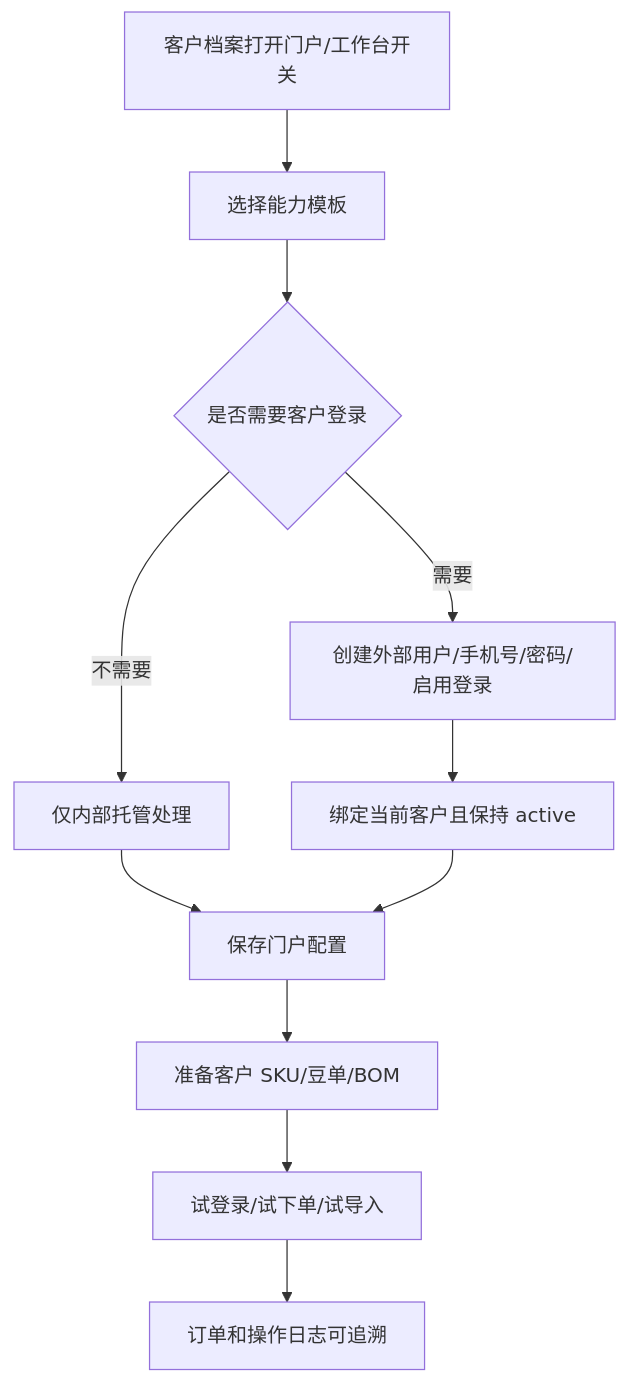
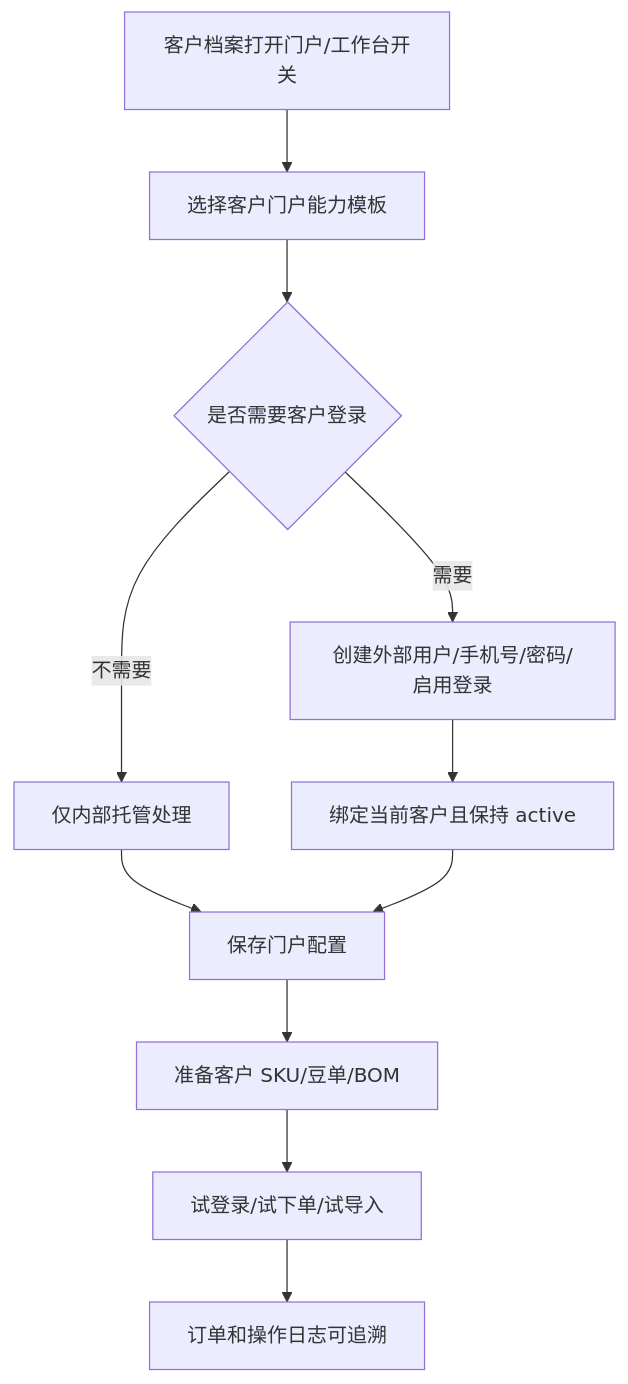
Before and after one commit to Backstage2539/KFerp: the fourth of 8 diagrams in orderapp-remote/docs/OP_MANUAL_CUSTOMER_FULFILLMENT.md, drawn with Mermaid. The commit also changed other lines of this file and 40 other files, not shown here.

Commit message:
fix: consolidate customer management portal warehouse flow

````diff
--- a/orderapp-remote/docs/OP_MANUAL_CUSTOMER_FULFILLMENT.md
+++ b/orderapp-remote/docs/OP_MANUAL_CUSTOMER_FULFILLMENT.md
@@ -96,13 +96,13 @@
 ```mermaid
 flowchart TD
-  A["客户档案打开门户/工作台开关"] --> B["选择能力模板"]
+  A["客户档案打开门户/工作台开关"] --> B["选择客户门户能力模板"]
   B --> C{"是否需要客户登录"}
   C -->|需要| D["创建外部用户/手机号/密码/启用登录"]
   C -->|不需要| E["仅内部托管处理"]
   D --> F["绑定当前客户且保持 active"]
   E --> G["保存门户配置"]
   F --> G
   G --> H["准备客户 SKU/豆单/BOM"]
   H --> I["试登录/试下单/试导入"]
   I --> J["订单和操作日志可追溯"]
 ```
````
